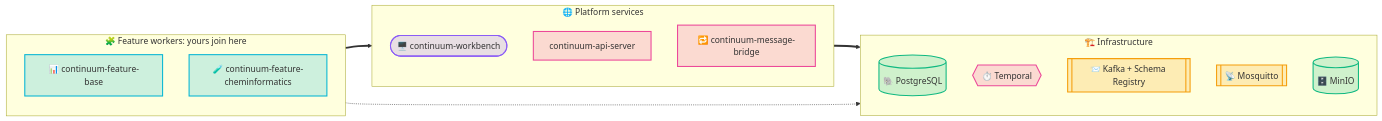
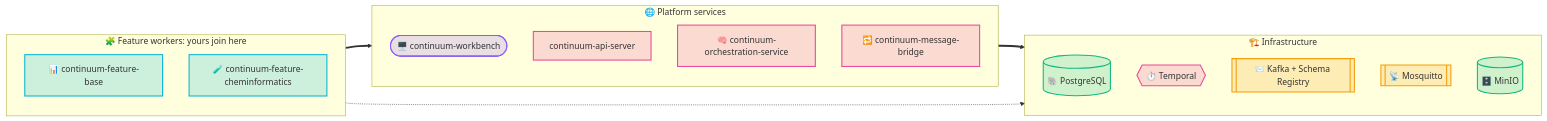
One commit to projectcontinuum-org/continuum-docs changed the diagram in versioned_docs/version-0.0.20/getting-started/local-setup.md. Above: the diagram before and after it, drawn with Mermaid. The commit also changed other lines of this file and 24 other files, not shown here.

First line of the commit message:
CONTNM-139: Add docs for Gradle plugin and Orchestration Service (#8)

````diff
--- a/versioned_docs/version-0.0.20/getting-started/local-setup.md
+++ b/versioned_docs/version-0.0.20/getting-started/local-setup.md
@@ -65,34 +65,35 @@
 ```mermaid
 flowchart LR
   subgraph Workers["🧩 Feature workers: yours join here"]
     FB["📊 continuum-feature-base"]
     FC["🧪 continuum-feature-cheminformatics"]
   end
   subgraph Platform["🌐 Platform services"]
     WB(["🖥️ continuum-workbench"])
     API["continuum-api-server"]
+    ORCH["🧠 continuum-orchestration-service"]
     MB["🔁 continuum-message-bridge"]
   end
   subgraph Infra["🏗️ Infrastructure"]
     PG[("🐘 PostgreSQL")]
     T{{"⏱️ Temporal"}}
     K[["📨 Kafka + Schema Registry"]]
     MQ[["📡 Mosquitto"]]
     S3[("🗄️ MinIO")]
   end
   Workers ==> Platform ==> Infra
   Workers -.-> Infra
 
   classDef ui fill:#8b5cf633,stroke:#8b5cf6,stroke-width:2px
   classDef core fill:#ec489933,stroke:#ec4899,stroke-width:2px
   classDef stream fill:#f59e0b33,stroke:#f59e0b,stroke-width:2px
   classDef worker fill:#06b6d433,stroke:#06b6d4,stroke-width:2px
   classDef store fill:#10b98133,stroke:#10b981,stroke-width:2px
   classDef hero fill:#06b6d433,stroke:#06b6d4,stroke-width:4px,stroke-dasharray:6 3
   class FB,FC worker
   class WB ui
-  class API,MB core
+  class API,ORCH,MB core
   class PG,S3 store
   class T core
   class K,MQ stream
 ```
````
